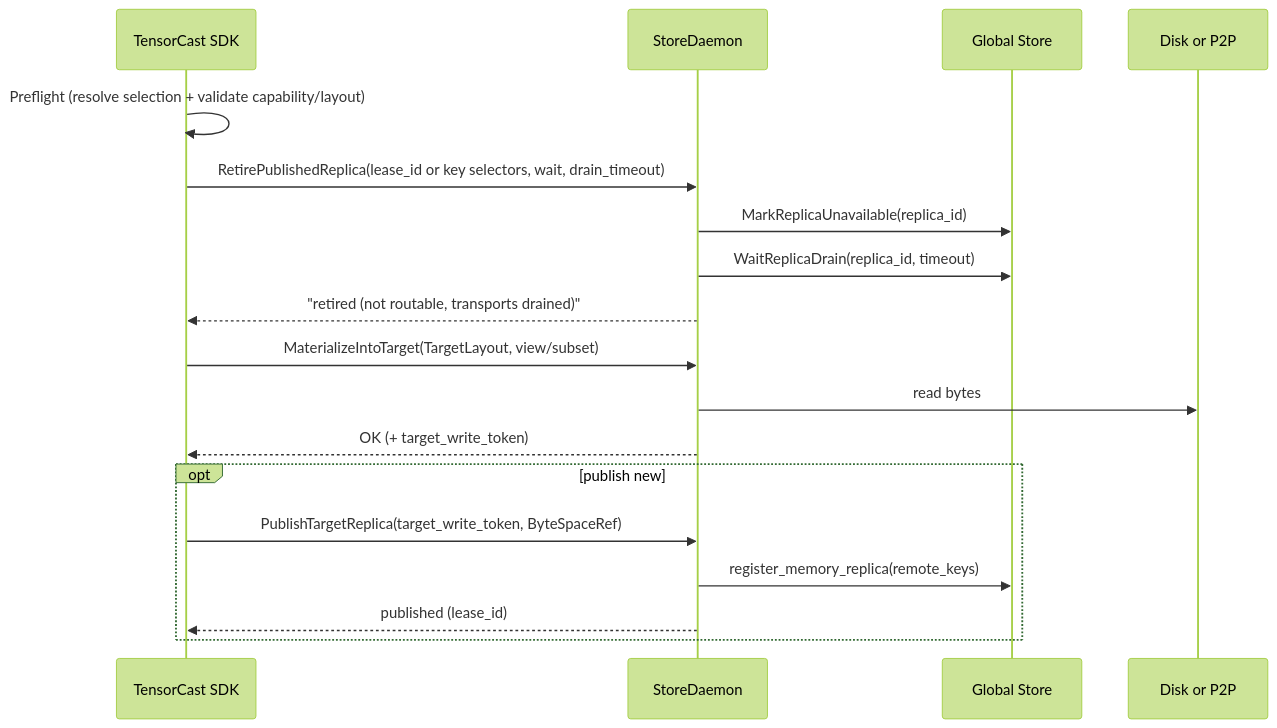
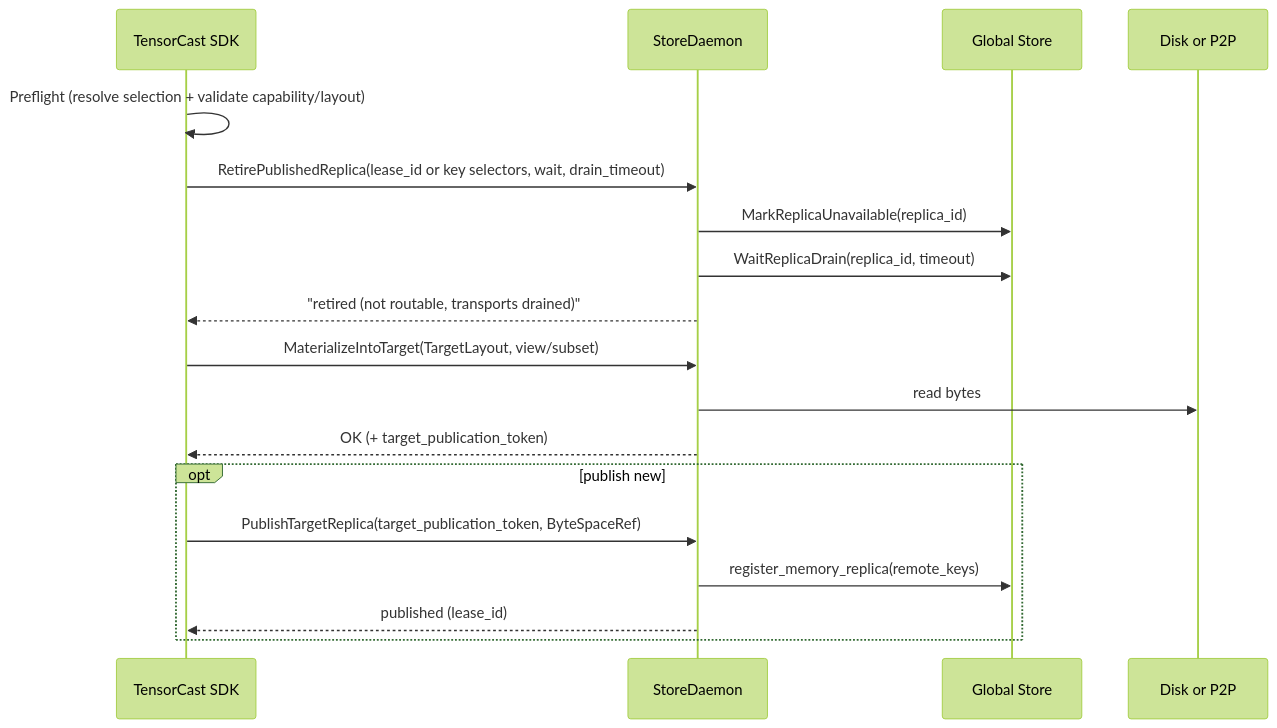
The third of 3 diagrams in docs/designs/0061-slot-based-inplace-binding-and-swap.md (tensorcast-ai/tensorcast), drawn with Mermaid (forest theme) before and after one commit. The commit also changed other lines of this file and 157 other files, not shown here.

````diff
--- a/docs/designs/0061-slot-based-inplace-binding-and-swap.md
+++ b/docs/designs/0061-slot-based-inplace-binding-and-swap.md
@@ -473,21 +473,21 @@
 ```mermaid
 sequenceDiagram
   participant SDK as TensorCast SDK
   participant D as StoreDaemon
   participant GS as Global Store
   participant IO as Disk or P2P
 
   SDK->>SDK: Preflight (resolve selection + validate capability/layout)
   SDK->>D: RetirePublishedReplica(lease_id or key selectors, wait, drain_timeout)
   D->>GS: MarkReplicaUnavailable(replica_id)
   D->>GS: WaitReplicaDrain(replica_id, timeout)
   D-->>SDK: "retired (not routable, transports drained)"
   SDK->>D: MaterializeIntoTarget(TargetLayout, view/subset)
   D->>IO: read bytes
-  D-->>SDK: OK (+ target_write_token)
+  D-->>SDK: OK (+ target_publication_token)
   opt publish new
-    SDK->>D: PublishTargetReplica(target_write_token, ByteSpaceRef)
+    SDK->>D: PublishTargetReplica(target_publication_token, ByteSpaceRef)
     D->>GS: register_memory_replica(remote_keys)
     D-->>SDK: published (lease_id)
   end
 ```
````
